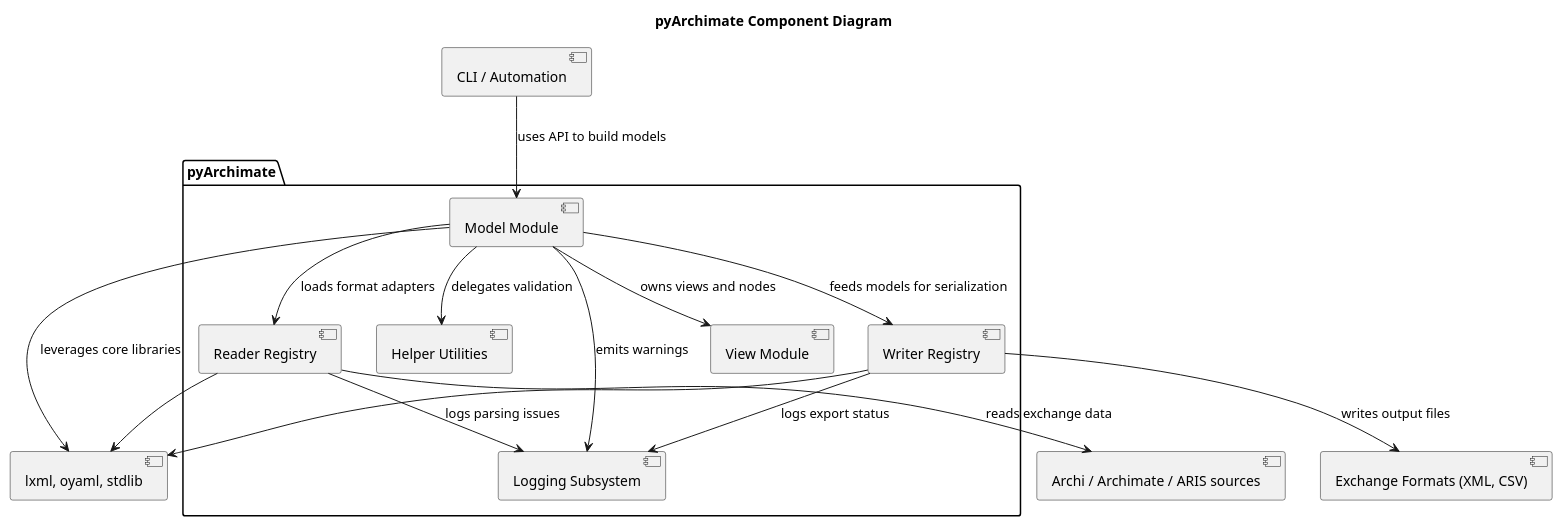
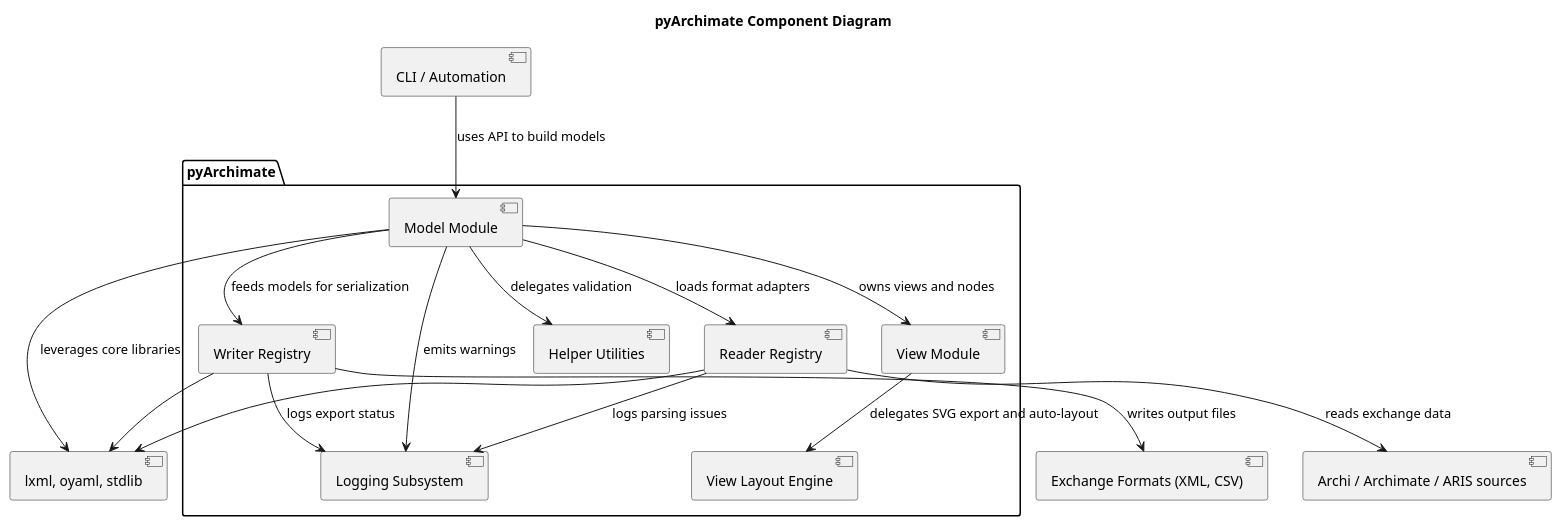
One commit to pyArchimate/pyArchimate changed the diagram in docs/diagrams/component.puml. Above: the diagram before and after it, drawn with PlantUML. The commit also changed 21 other files, not shown here.

Commit message:
docs: regenerate diagrams, AI.md, and Sphinx docs pre-release

```diff
--- a/docs/diagrams/component.puml
+++ b/docs/diagrams/component.puml
@@ -1,30 +1,32 @@
 @startuml
 title pyArchimate Component Diagram
 
 package "pyArchimate" {
   component "Model Module" as ModelMod
   component "View Module" as ViewMod
+  component "View Layout Engine" as LayoutEngine
   component "Reader Registry" as ReaderRegistry
   component "Writer Registry" as WriterRegistry
   component "Helper Utilities" as Helpers
   component "Logging Subsystem" as Logging
 }
 component "CLI / Automation" as CLI
 component "Archi / Archimate / ARIS sources" as Sources
 component "Exchange Formats (XML, CSV)" as Exports
 component "lxml, oyaml, stdlib" as Dependencies
 
 CLI --> ModelMod : uses API to build models
 ModelMod --> ViewMod : owns views and nodes
+ViewMod --> LayoutEngine : delegates SVG export and auto-layout
 ModelMod --> ReaderRegistry : loads format adapters
 ModelMod --> WriterRegistry : feeds models for serialization
 ModelMod --> Helpers : delegates validation
 ModelMod --> Logging : emits warnings
 ReaderRegistry --> Logging : logs parsing issues
 WriterRegistry --> Logging : logs export status
 ReaderRegistry --> Sources : reads exchange data
 WriterRegistry --> Exports : writes output files
 ModelMod --> Dependencies : leverages core libraries
 ReaderRegistry --> Dependencies
 WriterRegistry --> Dependencies
 @enduml
```
